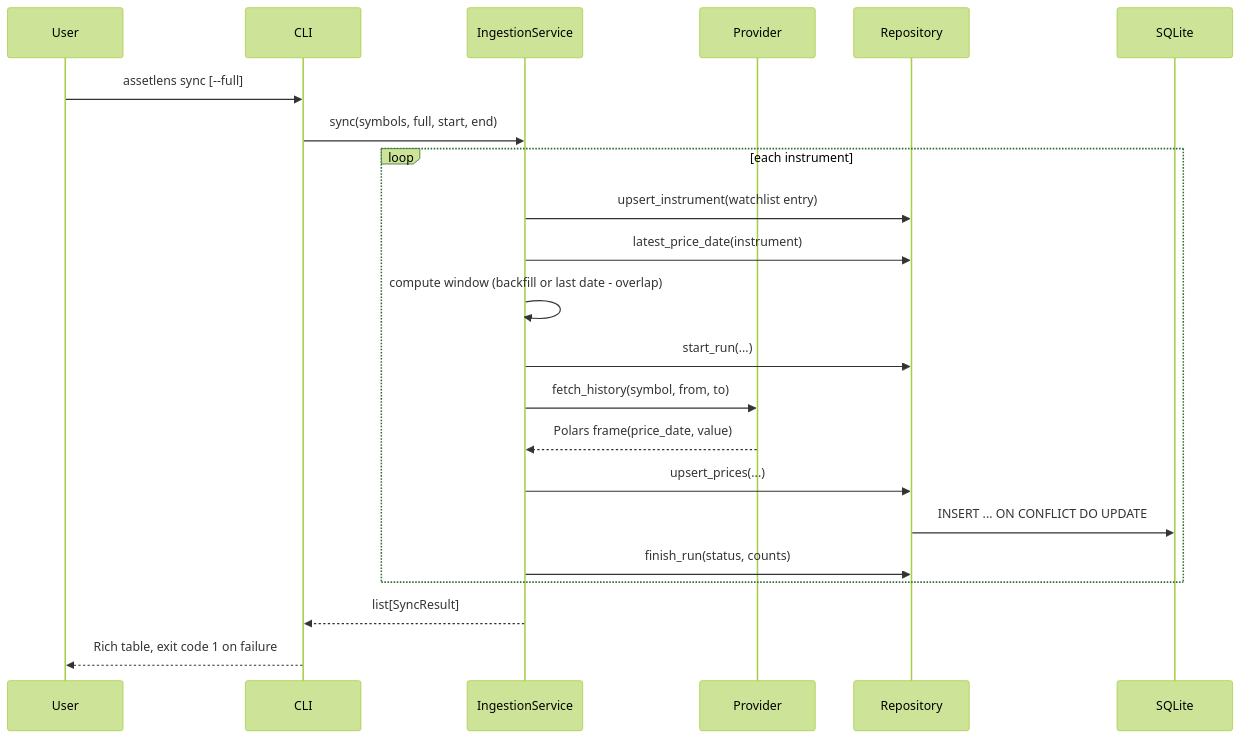
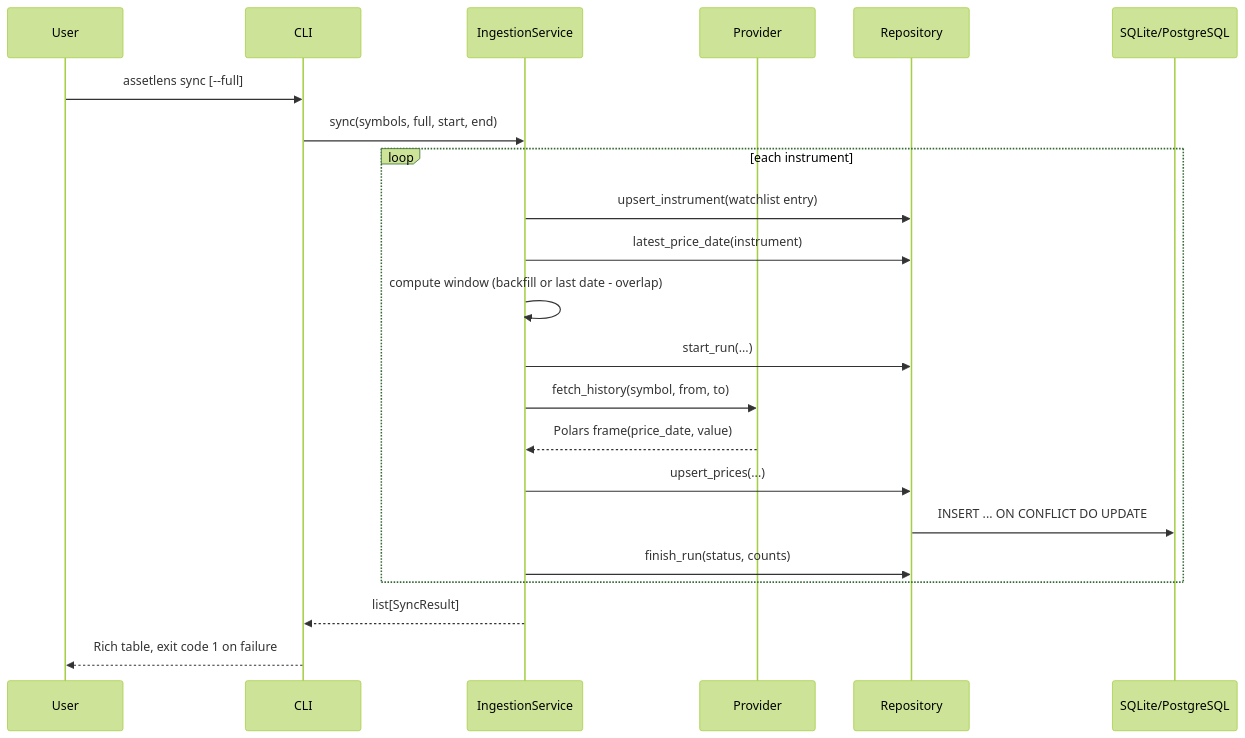
Before and after one commit to albi9702/assetlens: the second of 2 diagrams in docs/architecture.md, drawn with Mermaid (forest theme). The commit also changed other lines of this file and 4 other files, not shown here.

First line of the commit message:
docs: describe the Neon deployment and schema workflow

````diff
--- a/docs/architecture.md
+++ b/docs/architecture.md
@@ -57,25 +57,25 @@
 ```mermaid
 sequenceDiagram
     participant U as User
     participant CLI
     participant S as IngestionService
     participant P as Provider
     participant R as Repository
-    participant DB as SQLite
+    participant DB as SQLite/PostgreSQL
 
     U->>CLI: assetlens sync [--full]
     CLI->>S: sync(symbols, full, start, end)
     loop each instrument
         S->>R: upsert_instrument(watchlist entry)
         S->>R: latest_price_date(instrument)
         S->>S: compute window (backfill or last date - overlap)
         S->>R: start_run(...)
         S->>P: fetch_history(symbol, from, to)
         P-->>S: Polars frame(price_date, value)
         S->>R: upsert_prices(...)
         R->>DB: INSERT ... ON CONFLICT DO UPDATE
         S->>R: finish_run(status, counts)
     end
     S-->>CLI: list[SyncResult]
     CLI-->>U: Rich table, exit code 1 on failure
 ```
````
